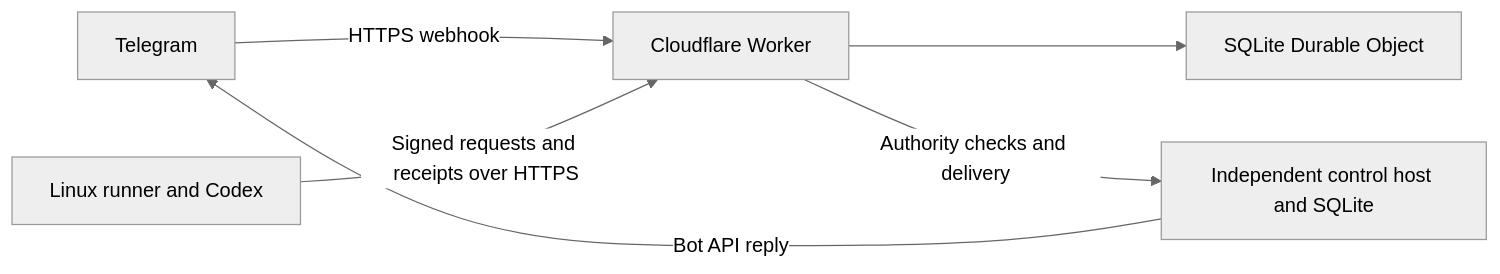
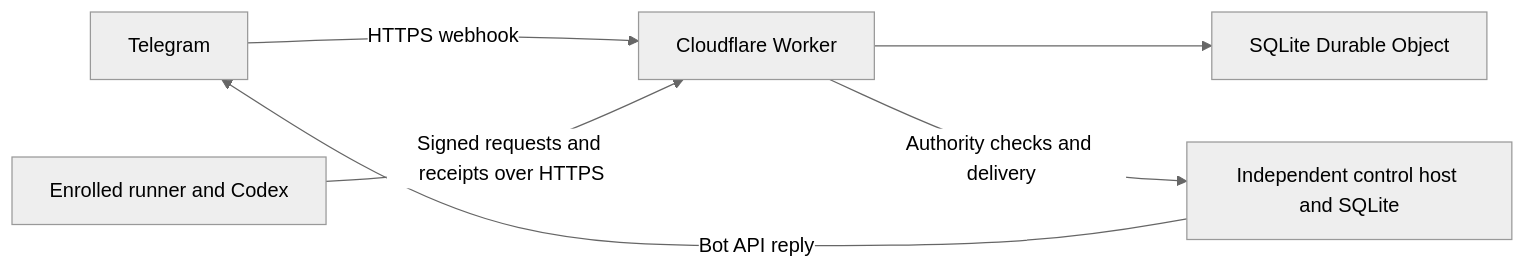
The diagram in README.md (lsj5031/CoconutClaw), drawn with Mermaid (neutral theme) before and after one commit. The commit also changed other lines of this file, not shown here.

````diff
--- a/README.md
+++ b/README.md
@@ -9,8 +9,8 @@
 ```mermaid
 flowchart LR
     Telegram -->|HTTPS webhook| Worker[Cloudflare Worker]
     Worker --> Ledger[SQLite Durable Object]
-    Runner[Linux runner and Codex] -->|Signed requests and receipts over HTTPS| Worker
+    Runner[Enrolled runner and Codex] -->|Signed requests and receipts over HTTPS| Worker
     Worker -->|Authority checks and delivery| Control[Independent control host and SQLite]
     Control -->|Bot API reply| Telegram
 ```
````
